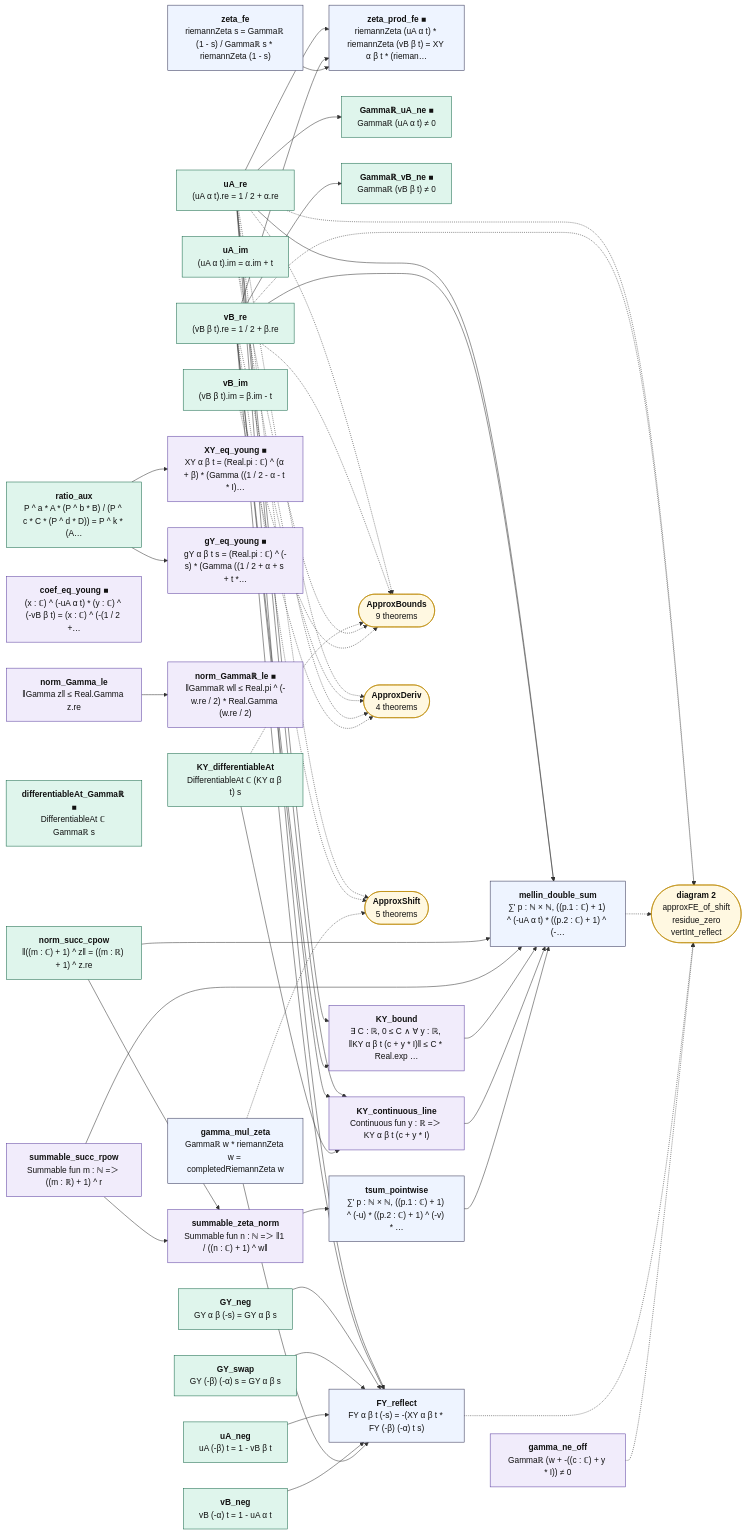
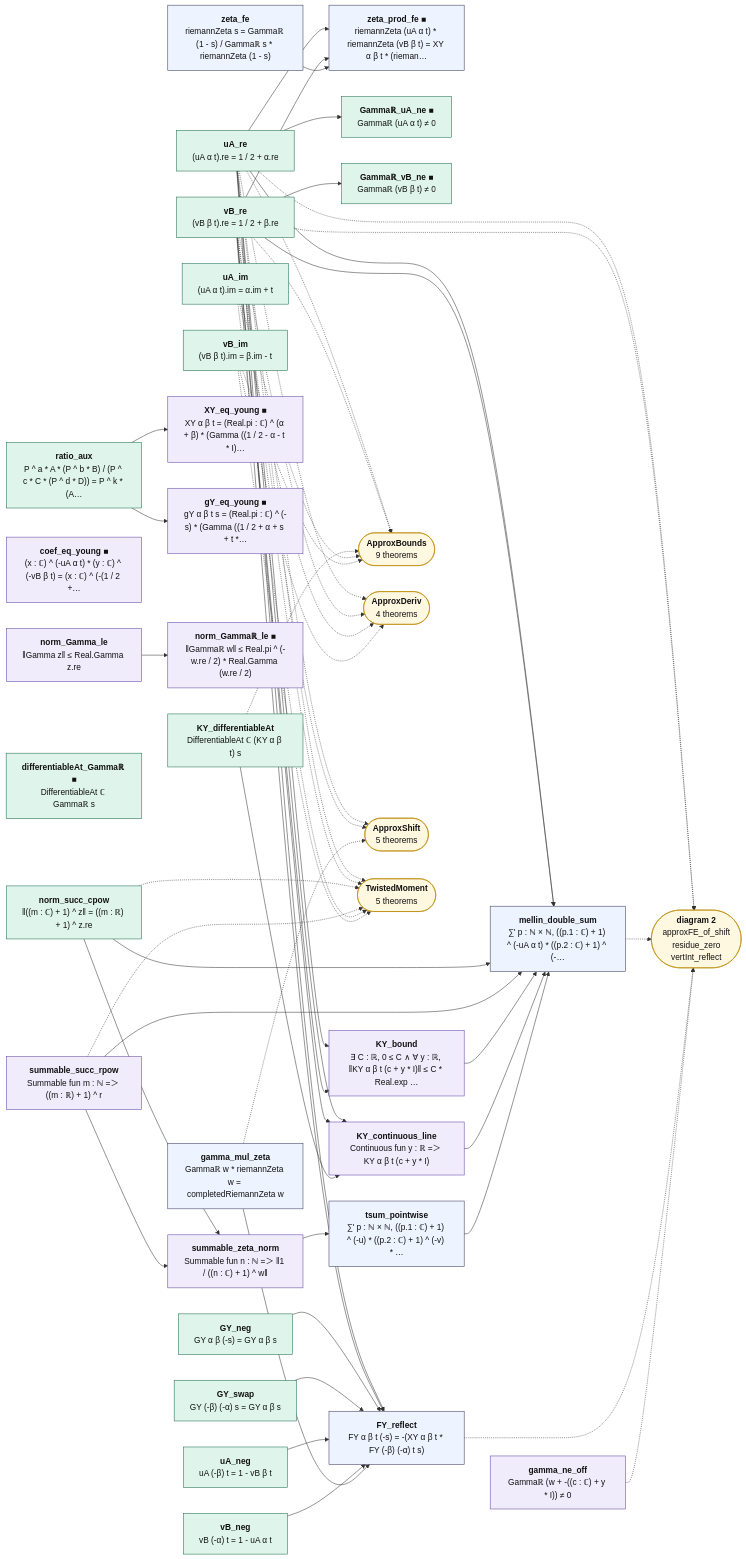
Before and after one commit to juliansambranojr/Primebeat_081426: the first of 2 diagrams in map/lean_stage3/ApproxFE.md, drawn with Mermaid. The commit also changed other lines of this file and 32 other files, not shown here.

```diff
--- a/map/lean_stage3/ApproxFE.md
+++ b/map/lean_stage3/ApproxFE.md
@@ -49,6 +49,7 @@
   x1(["<b>ApproxDeriv</b><br/>4 theorems"]):::ext
   x2(["<b>diagram 2</b><br/>approxFE_of_shift<br/>residue_zero<br/>vertInt_reflect"]):::ext
   x3(["<b>ApproxShift</b><br/>5 theorems"]):::ext
+  x4(["<b>TwistedMoment</b><br/>5 theorems"]):::ext
   n0 --> n18
   n0 --> n20
   n0 --> n22
@@ -83,19 +84,25 @@
   n0 -.-> x1
   n0 -.-> x2
   n0 -.-> x3
+  n0 -.-> x4
   n1 -.-> x0
   n1 -.-> x1
   n1 -.-> x2
   n1 -.-> x3
+  n1 -.-> x4
+  n15 -.-> x4
+  n16 -.-> x4
   n19 -.-> x0
   n2 -.-> x0
   n2 -.-> x1
+  n2 -.-> x4
   n22 -.-> x2
   n27 -.-> x3
   n28 -.-> x2
   n29 -.-> x2
   n3 -.-> x0
   n3 -.-> x1
+  n3 -.-> x4
   classDef cnt fill:#dff5ec,stroke:#17694a,color:#111
   classDef shp fill:#f1ecfb,stroke:#5b3fa0,color:#111
   classDef rh fill:#ffe5e5,stroke:#c22,color:#111,stroke-width:2px
```
